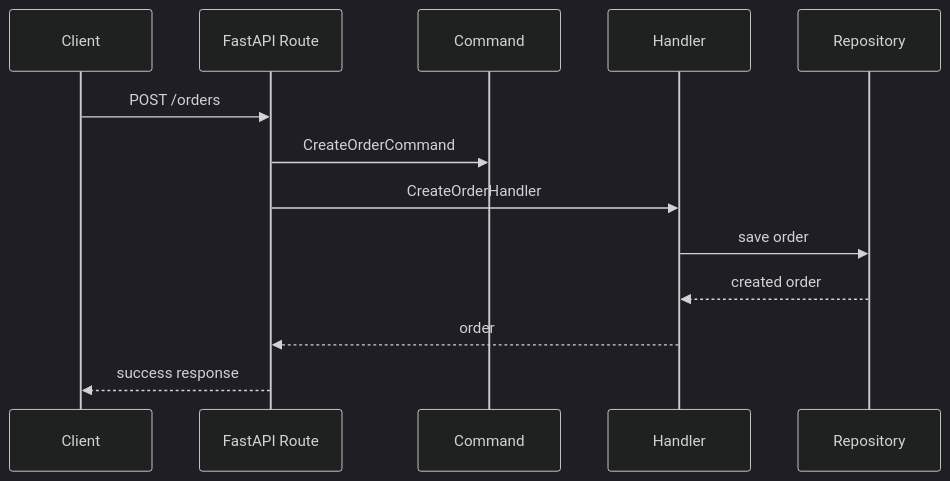
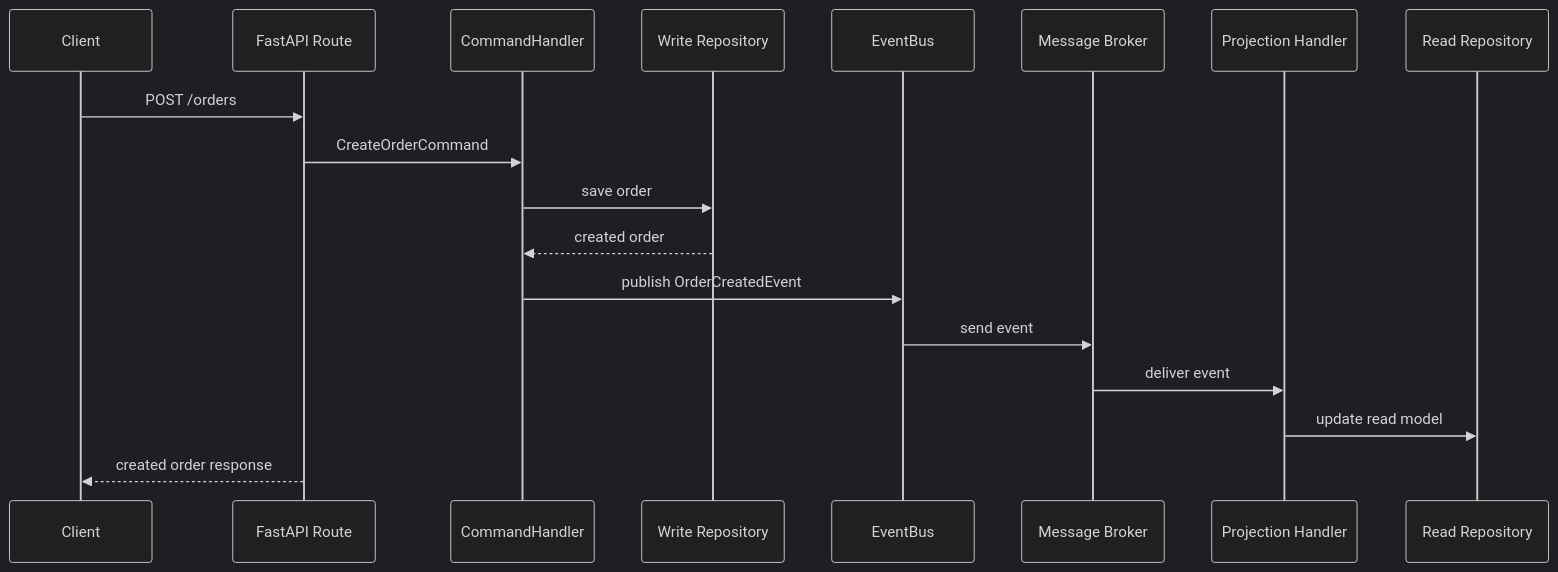
The second of 2 diagrams in README.md (simran1devloper/CQRS_Pattern), drawn with Mermaid (dark theme) before and after one commit. The commit also changed other lines of this file and 24 other files, not shown here.

````diff
--- a/README.md
+++ b/README.md
@@ -69,16 +62,21 @@
 ```mermaid
 sequenceDiagram
     participant Client
     participant API as FastAPI Route
-    participant Command
-    participant Handler
-    participant Repository
+    participant CommandHandler
+    participant WriteRepo as Write Repository
+    participant EventBus
+    participant Broker as Message Broker
+    participant Projection as Projection Handler
+    participant ReadRepo as Read Repository
 
     Client->>API: POST /orders
-    API->>Command: CreateOrderCommand
-    API->>Handler: CreateOrderHandler
-    Handler->>Repository: save order
-    Repository-->>Handler: created order
-    Handler-->>API: order
-    API-->>Client: success response
+    API->>CommandHandler: CreateOrderCommand
+    CommandHandler->>WriteRepo: save order
+    WriteRepo-->>CommandHandler: created order
+    CommandHandler->>EventBus: publish OrderCreatedEvent
+    EventBus->>Broker: send event
+    Broker->>Projection: deliver event
+    Projection->>ReadRepo: update read model
+    API-->>Client: created order response
 ```
````
